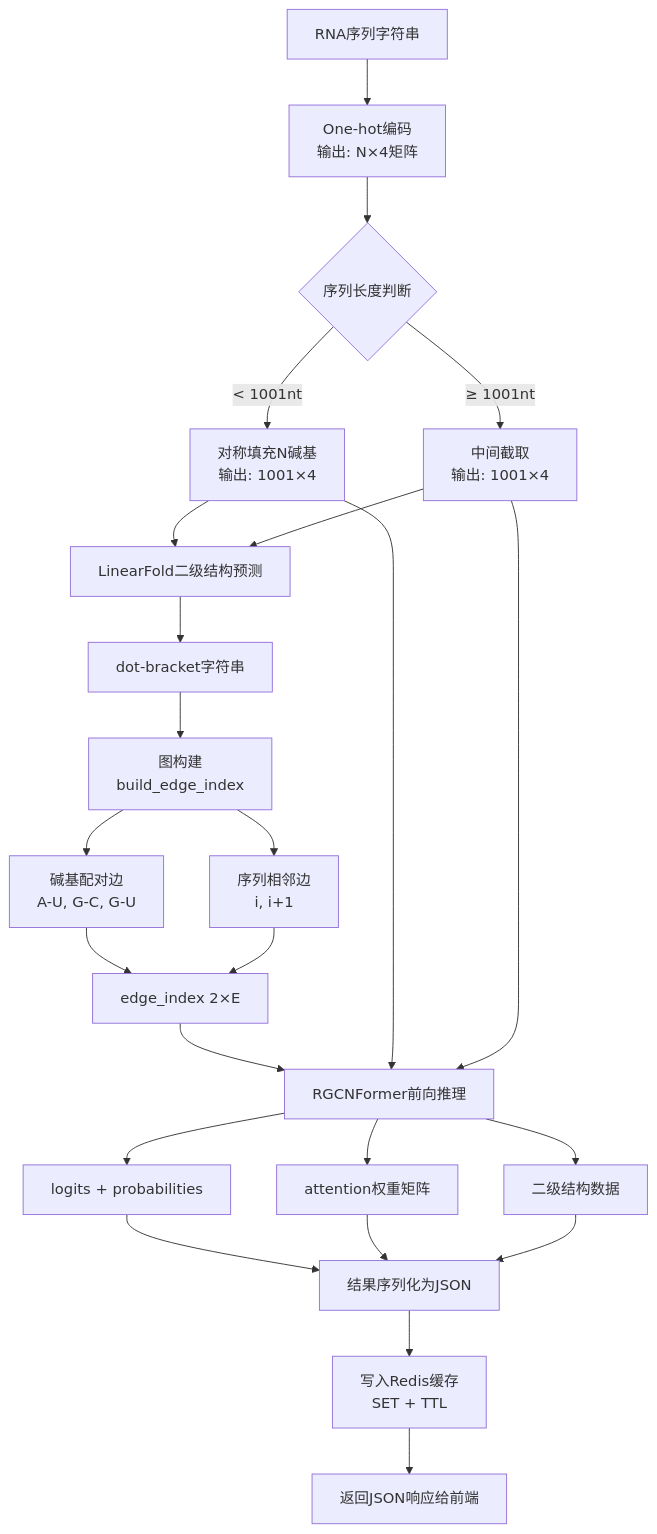
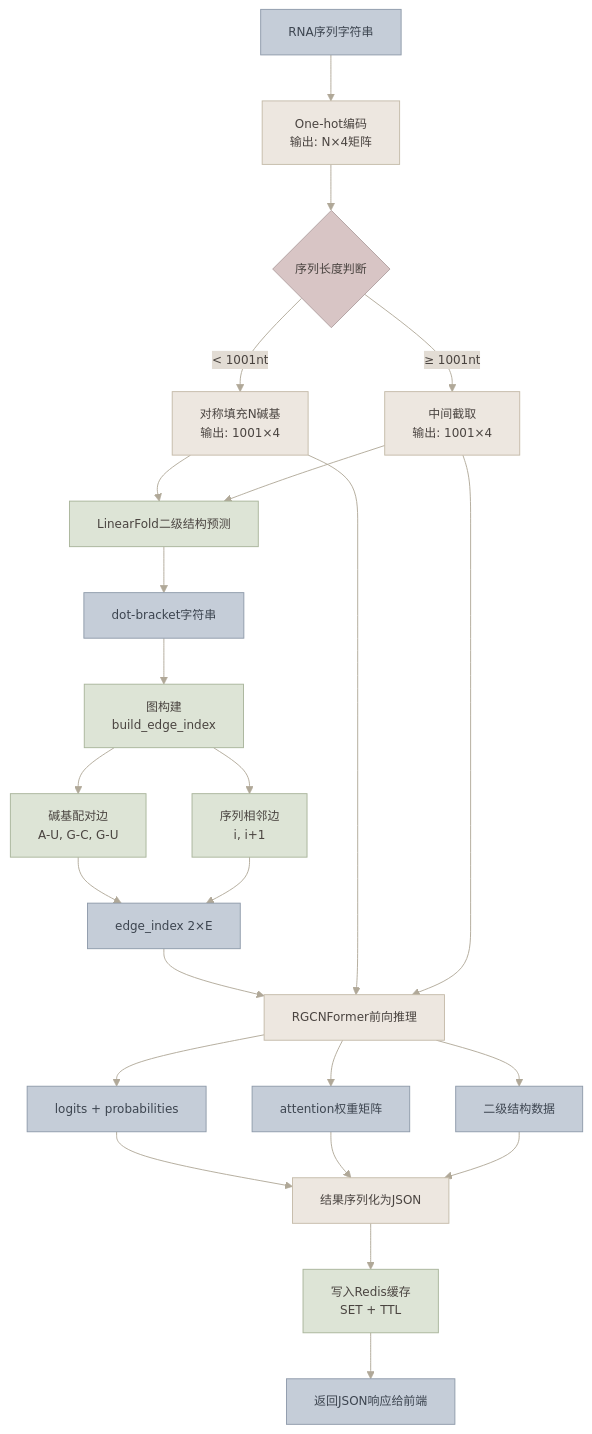
Before and after one commit to fdiskdc/RGCNFormer_WebAndWx_backend: the sixth of 19 diagrams in md/RMA序列修饰检测可视化系统架构说明文档.md, drawn with Mermaid. The commit also changed other lines of this file, not shown here.

````diff
--- a/md/RMA序列修饰检测可视化系统架构说明文档.md
+++ b/md/RMA序列修饰检测可视化系统架构说明文档.md
@@ -533,26 +447,32 @@
 ```mermaid
+%%{init: {'theme': 'base', 'themeVariables': {'primaryColor': '#EDE7E0', 'primaryTextColor': '#4A4440', 'primaryBorderColor': '#C4BAA8', 'lineColor': '#B0A898', 'secondaryColor': '#E2DCD4', 'background': '#F8F5F0', 'fontSize': '13px'}}}%%
 graph TD
-    A[RNA序列字符串] --> B[One-hot编码<br/>输出: N×4矩阵]
-    B --> C{序列长度判断}
-    C -->|< 1001nt| D[对称填充N碱基<br/>输出: 1001×4]
-    C -->|≥ 1001nt| E[中间截取<br/>输出: 1001×4]
-    D --> F[LinearFold二级结构预测]
+    classDef io fill:#C5CDD8,stroke:#8E9AAA,stroke-width:1px,color:#3D4550
+    classDef process fill:#EDE7E0,stroke:#C4BAA8,stroke-width:1px,color:#4A4440
+    classDef decision fill:#D8C5C5,stroke:#B0A0A0,stroke-width:1px,color:#4A4440
+    classDef build fill:#DDE4D6,stroke:#A8B49A,stroke-width:1px,color:#4A4440
+
+    A[RNA序列字符串]:::io --> B[One-hot编码<br/>输出: N×4矩阵]:::process
+    B --> C{序列长度判断}:::decision
+    C -->|< 1001nt| D[对称填充N碱基<br/>输出: 1001×4]:::process
+    C -->|≥ 1001nt| E[中间截取<br/>输出: 1001×4]:::process
+    D --> F[LinearFold二级结构预测]:::build
     E --> F
-    F --> G[dot-bracket字符串]
-    G --> H[图构建<br/>build_edge_index]
-    H --> I[碱基配对边<br/>A-U, G-C, G-U]
-    H --> J[序列相邻边<br/>i, i+1]
-    I --> K[edge_index 2×E]
+    F --> G[dot-bracket字符串]:::io
+    G --> H[图构建<br/>build_edge_index]:::build
+    H --> I[碱基配对边<br/>A-U, G-C, G-U]:::build
+    H --> J[序列相邻边<br/>i, i+1]:::build
+    I --> K[edge_index 2×E]:::io
     J --> K
-    K --> L[RGCNFormer前向推理]
+    K --> L[RGCNFormer前向推理]:::process
     D --> L
     E --> L
-    L --> M[logits + probabilities]
-    L --> N[attention权重矩阵]
-    L --> O[二级结构数据]
-    M --> P[结果序列化为JSON]
+    L --> M[logits + probabilities]:::io
+    L --> N[attention权重矩阵]:::io
+    L --> O[二级结构数据]:::io
+    M --> P[结果序列化为JSON]:::process
     N --> P
     O --> P
-    P --> Q[写入Redis缓存<br/>SET + TTL]
-    Q --> R[返回JSON响应给前端]
+    P --> Q[写入Redis缓存<br/>SET + TTL]:::build
+    Q --> R[返回JSON响应给前端]:::io
 ```
````
